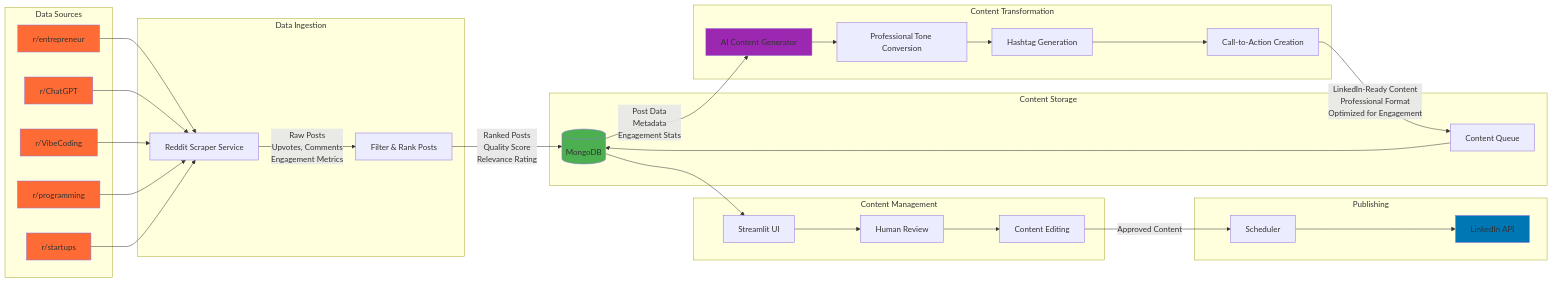
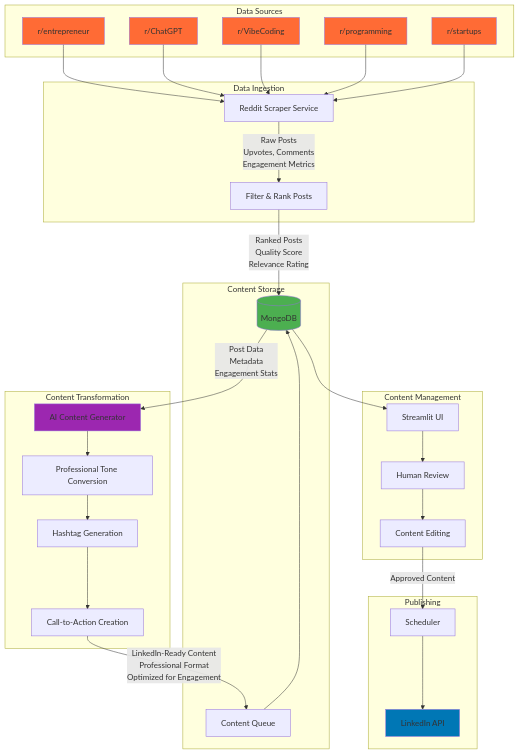
One commit to GarrettGruss/cse7319-term-project changed the fourth of 4 diagrams in project-proposal.md. Above: the diagram before and after it, drawn with Mermaid. The commit also changed other lines of this file, not shown here.

Commit message:
updated project proposal with timeline gantt chart

````diff
--- a/project-proposal.md
+++ b/project-proposal.md
@@ -127,69 +156,69 @@
 ```mermaid
-flowchart LR
+flowchart TD
     subgraph "Data Sources"
         R1[r/entrepreneur]
         R2[r/ChatGPT]
         R3[r/VibeCoding]
         R4[r/programming]
         R5[r/startups]
     end
     
     subgraph "Data Ingestion"
         RSS[Reddit Scraper Service]
         FIL[Filter & Rank Posts]
     end
     
     subgraph "Content Transformation"
         AI[AI Content Generator]
         TONE[Professional Tone Conversion]
         HASH[Hashtag Generation]
         CTA[Call-to-Action Creation]
     end
     
     subgraph "Content Storage"
         DB[(MongoDB)]
         QUEUE[Content Queue]
     end
     
     subgraph "Content Management"
         UI[Streamlit UI]
         REV[Human Review]
         EDIT[Content Editing]
     end
     
     subgraph "Publishing"
         SCH[Scheduler]
         LI[LinkedIn API]
     end
     
     R1 --> RSS
     R2 --> RSS
     R3 --> RSS
     R4 --> RSS
     R5 --> RSS
     
     RSS --> |"Raw Posts<br/>Upvotes, Comments<br/>Engagement Metrics"| FIL
     FIL --> |"Ranked Posts<br/>Quality Score<br/>Relevance Rating"| DB
     
     DB --> |"Post Data<br/>Metadata<br/>Engagement Stats"| AI
     AI --> TONE
     TONE --> HASH
     HASH --> CTA
     CTA --> |"LinkedIn-Ready Content<br/>Professional Format<br/>Optimized for Engagement"| QUEUE
     
     QUEUE --> DB
     DB --> UI
     UI --> REV
     REV --> EDIT
     EDIT --> |"Approved Content"| SCH
     SCH --> LI
     
     style R1 fill:#ff6b35
     style R2 fill:#ff6b35
     style R3 fill:#ff6b35
     style R4 fill:#ff6b35
     style R5 fill:#ff6b35
     style LI fill:#0077b5
     style DB fill:#4caf50
     style AI fill:#9c27b0
 ```
````
